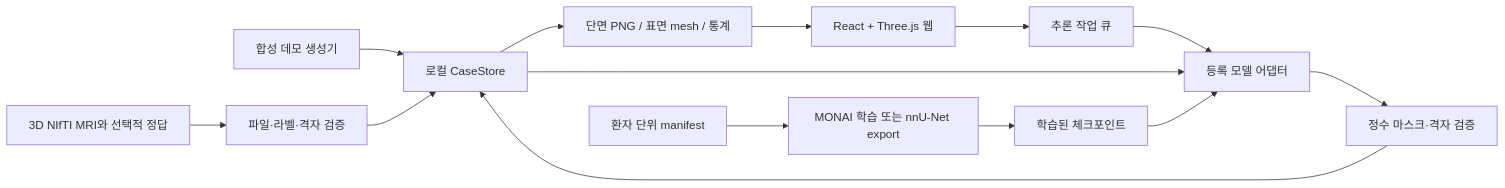
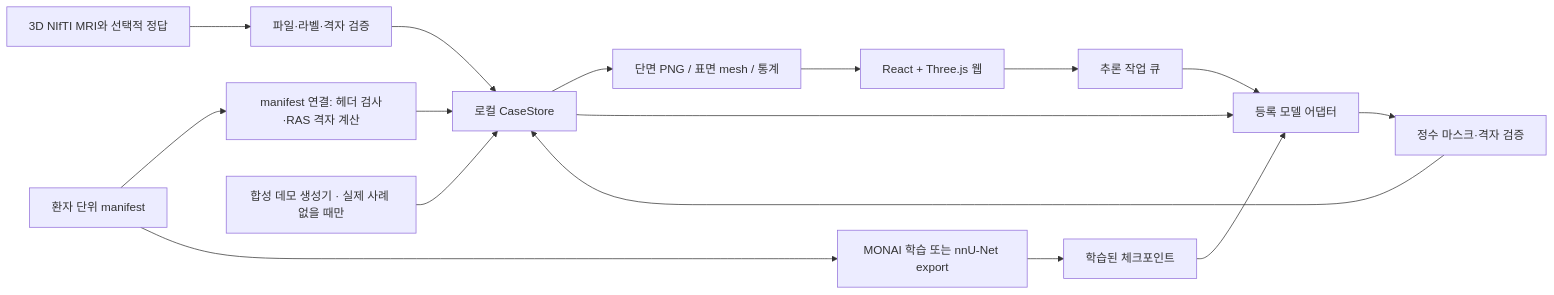
One commit to SeMinKong/BrainMRISegmentation_3D changed the diagram in docs/architecture.md. Above: the diagram before and after it, drawn with Mermaid. The commit also changed other lines of this file and 3 other files, not shown here.

````diff
--- a/docs/architecture.md
+++ b/docs/architecture.md
@@ -5,16 +5,18 @@
 ```mermaid
 flowchart LR
     N[3D NIfTI MRI와 선택적 정답] --> V[파일·라벨·격자 검증]
-    D[합성 데모 생성기] --> S[로컬 CaseStore]
+    M --> L[manifest 연결: 헤더 검사·RAS 격자 계산]
+    L --> S[로컬 CaseStore]
+    D[합성 데모 생성기 · 실제 사례 없을 때만] --> S
     V --> S
     S --> P[단면 PNG / 표면 mesh / 통계]
     P --> W[React + Three.js 웹]
     W --> J[추론 작업 큐]
     J --> A[등록 모델 어댑터]
     S --> A
     C[학습된 체크포인트] --> A
     A --> R[정수 마스크·격자 검증]
     R --> S
     M[환자 단위 manifest] --> T[MONAI 학습 또는 nnU-Net export]
     T --> C
 ```
````
